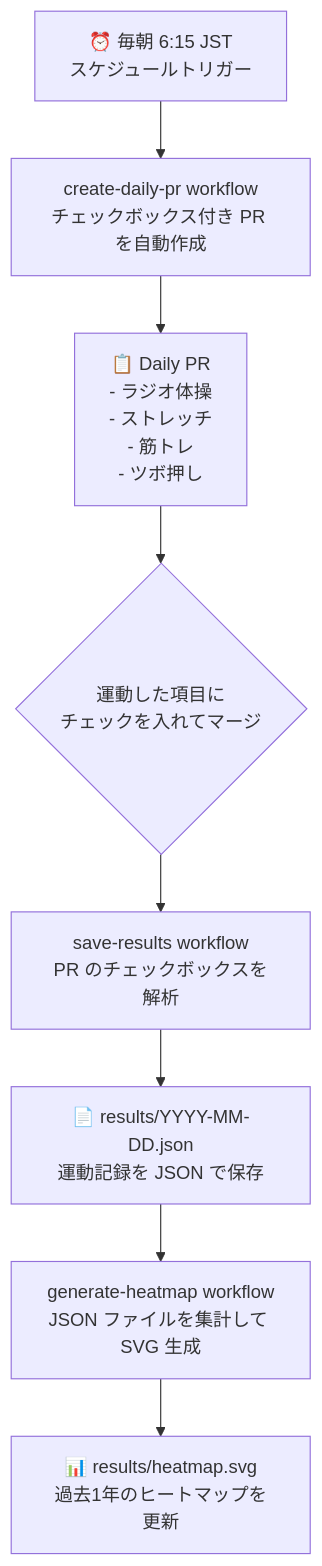
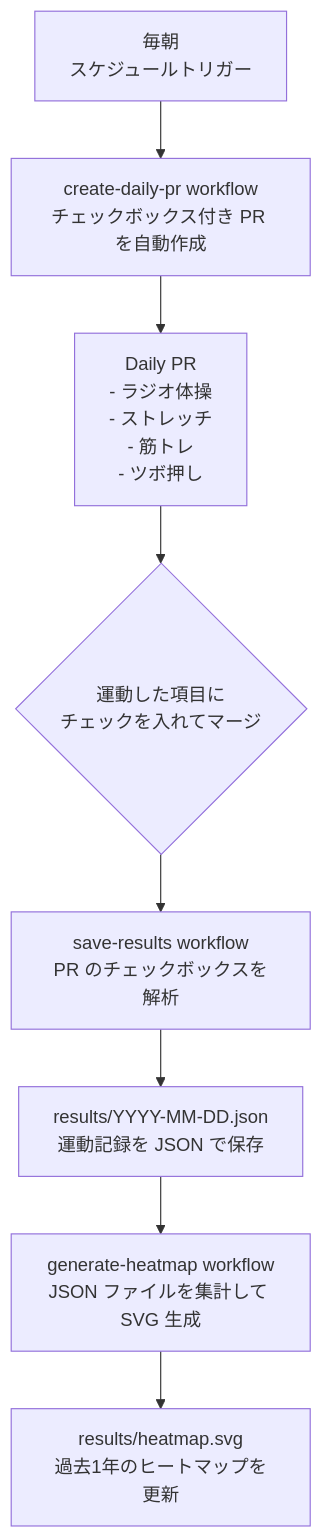
Before and after one commit to kotaoue/FitnessStreak: the diagram in README.md, drawn with Mermaid. The commit also changed other lines of this file, not shown here.

````diff
--- a/README.md
+++ b/README.md
@@ -9,10 +9,10 @@
 ```mermaid
 flowchart TD
-    A[⏰ 毎朝 6:15 JST\nスケジュールトリガー] --> B[create-daily-pr workflow\nチェックボックス付き PR を自動作成]
-    B --> C[📋 Daily PR\n- ラジオ体操\n- ストレッチ\n- 筋トレ\n- ツボ押し]
+    A[毎朝 \n スケジュールトリガー] --> B[create-daily-pr workflow\nチェックボックス付き PR を自動作成]
+    B --> C[Daily PR\n- ラジオ体操\n- ストレッチ\n- 筋トレ\n- ツボ押し]
     C --> D{運動した項目に\nチェックを入れてマージ}
     D --> E[save-results workflow\nPR のチェックボックスを解析]
-    E --> F[📄 results/YYYY-MM-DD.json\n運動記録を JSON で保存]
+    E --> F[results/YYYY-MM-DD.json\n運動記録を JSON で保存]
     F --> G[generate-heatmap workflow\nJSON ファイルを集計して SVG 生成]
-    G --> H[📊 results/heatmap.svg\n過去1年のヒートマップを更新]
+    G --> H[results/heatmap.svg\n過去1年のヒートマップを更新]
 ```
````
